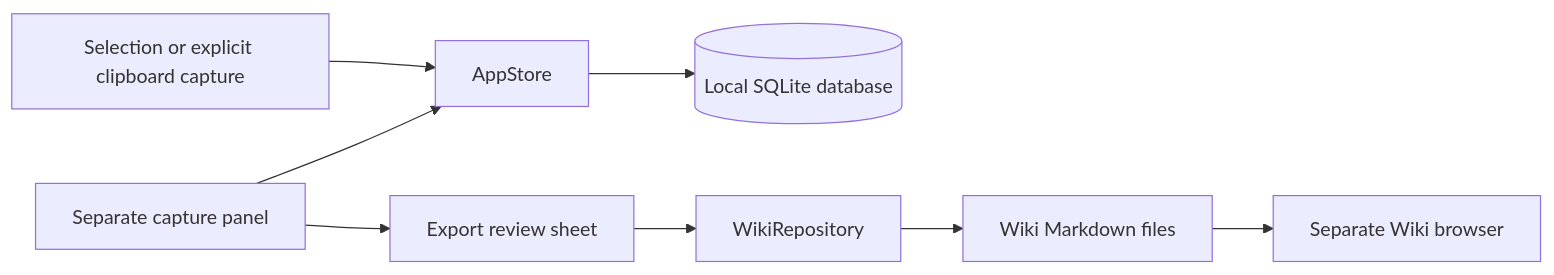
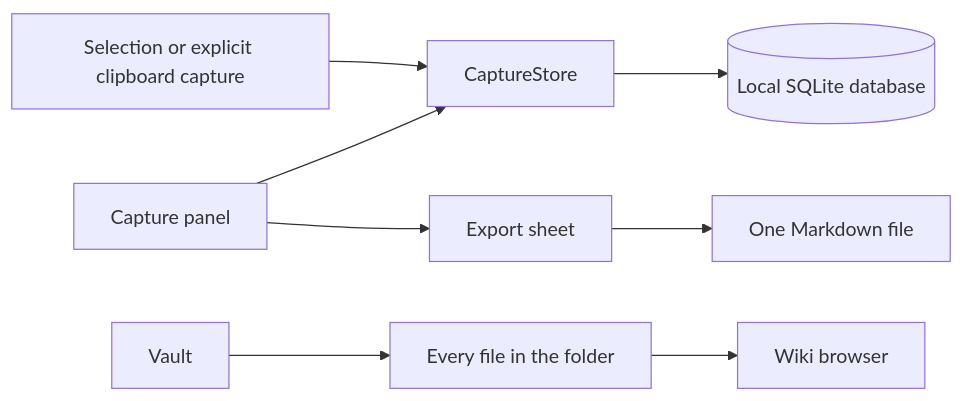
Before and after one commit to sonnes/piper: the diagram in docs/layers/architecture.md, drawn with Mermaid. The commit also changed other lines of this file and 83 other files, not shown here.

````diff
--- a/docs/layers/architecture.md
+++ b/docs/layers/architecture.md
@@ -13,10 +14,10 @@
 ```mermaid
 flowchart LR
-    A[Selection or explicit clipboard capture] --> S[AppStore]
-    P[Separate capture panel] --> S
+    A[Selection or explicit clipboard capture] --> S[CaptureStore]
+    P[Capture panel] --> S
     S --> D[(Local SQLite database)]
-    P --> R[Export review sheet]
-    R --> W[WikiRepository]
-    W --> F[Wiki Markdown files]
-    F --> B[Separate Wiki browser]
+    P --> R[Export sheet]
+    R --> W[One Markdown file]
+    V[Vault] --> F[Every file in the folder]
+    F --> B[Wiki browser]
 ```
````
